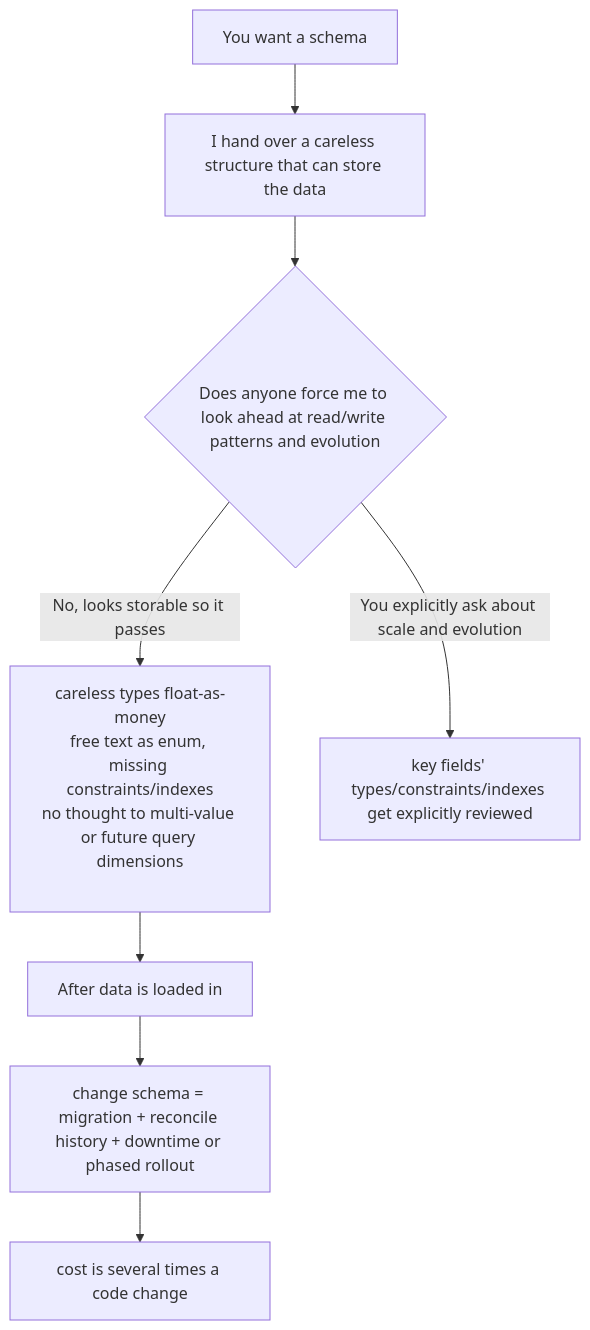
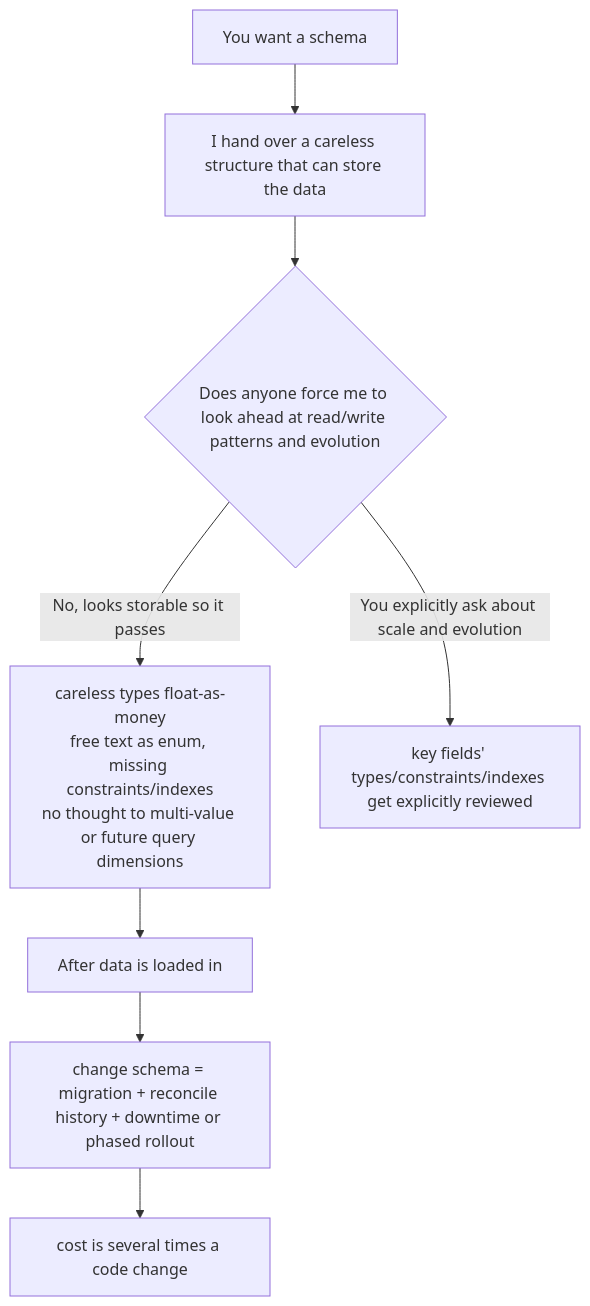
Before and after one commit to XuebinMa/AIWiki: the diagram in i18n/en/docusaurus-plugin-content-docs/current/03-architecture/schema-design-sloppy.mdx, drawn with Mermaid. The commit also changed 99 other files, not shown here.

First line of the commit message:
fix(mermaid): 全局根治节点文字裁切（htmlLabels:false + 清理 br/nbsp 占位）(#26)

````diff
--- a/i18n/en/docusaurus-plugin-content-docs/current/03-architecture/schema-design-sloppy.mdx
+++ b/i18n/en/docusaurus-plugin-content-docs/current/03-architecture/schema-design-sloppy.mdx
@@ -43,10 +43,10 @@
 ```mermaid
 flowchart TD
     A[You want a schema] --> B[I hand over a careless structure that can store the data]
     B --> C{Does anyone force me to look ahead at read/write patterns and evolution}
-    C -->|No, looks storable so it passes| D["careless types float-as-money<br/>free text as enum, missing constraints/indexes<br/>no thought to multi-value or future query dimensions<br/>&nbsp;"]
+    C -->|No, looks storable so it passes| D["careless types float-as-money<br/>free text as enum, missing constraints/indexes<br/>no thought to multi-value or future query dimensions"]
     C -->|You explicitly ask about scale and evolution| E[key fields' types/constraints/indexes get explicitly reviewed]
     D --> F[After data is loaded in]
     F --> G[change schema = migration + reconcile history + downtime or phased rollout]
     G --> H[cost is several times a code change]
 ```
````
